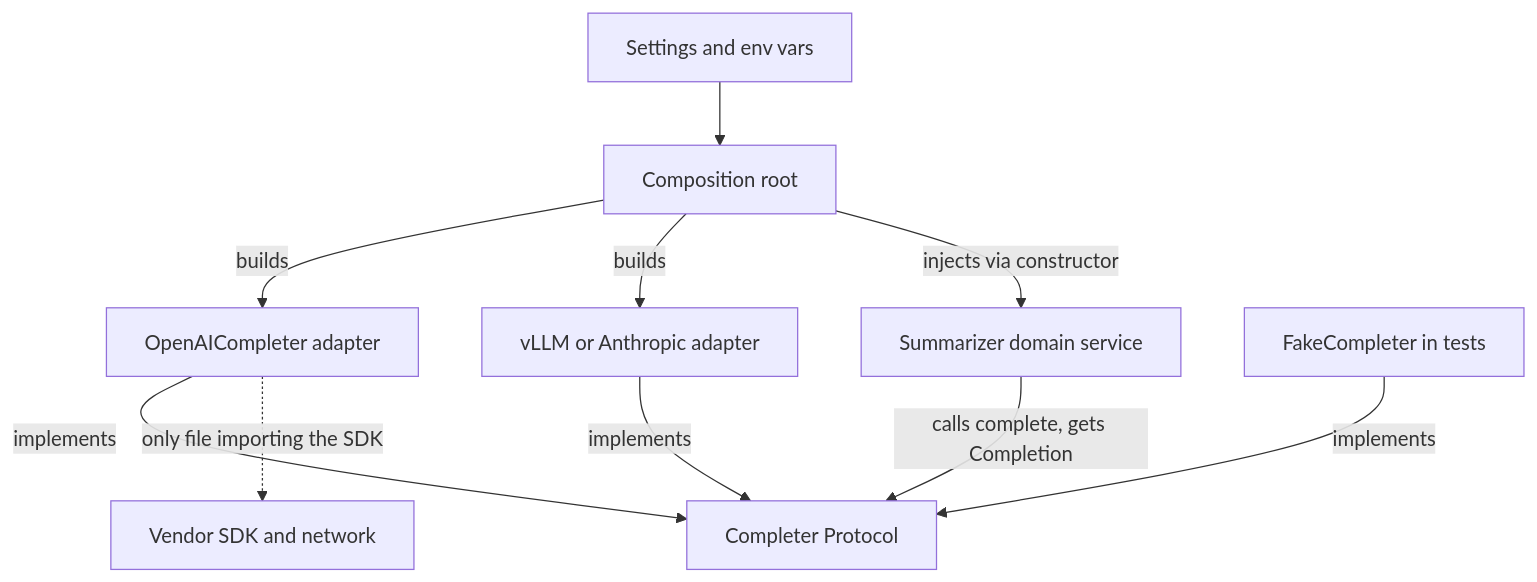
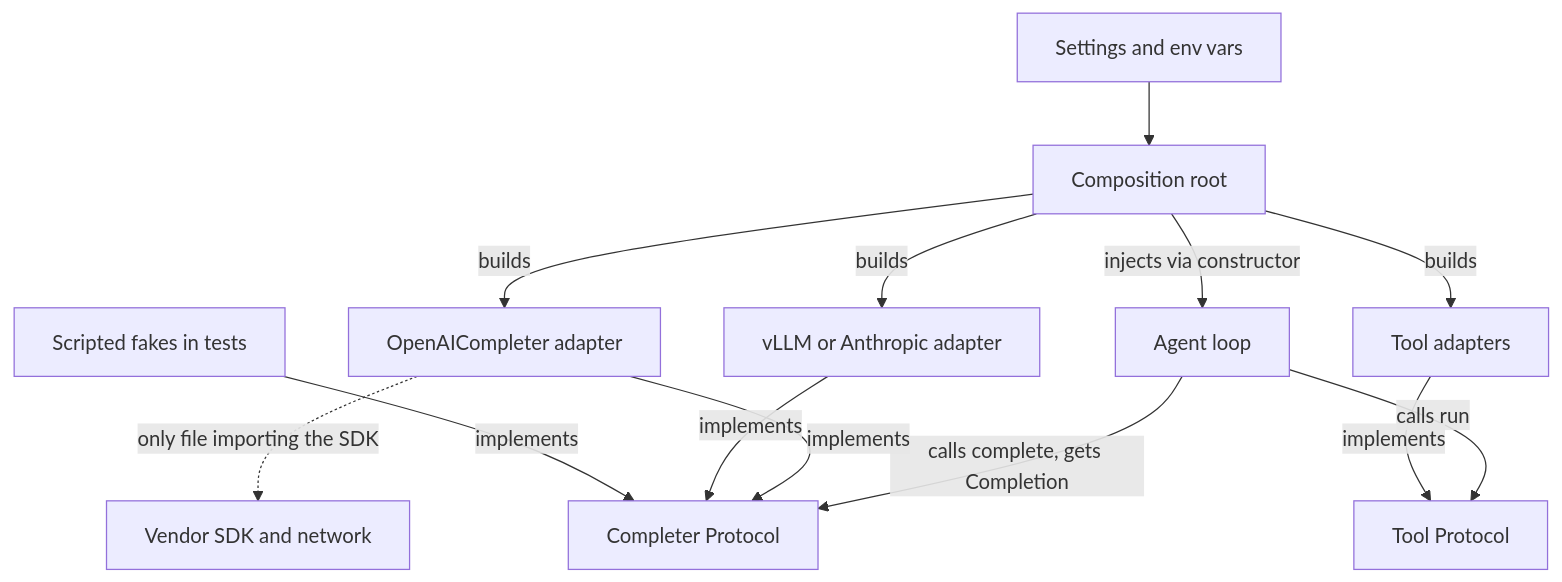
One commit to lovishmahajan97/agentic-learning changed the diagram in content/python-for-ai/dependency-injection-and-interface-boundaries.md. Above: the diagram before and after it, drawn with Mermaid. The commit also changed other lines of this file and 266 other files, not shown here.

````diff
--- a/content/python-for-ai/dependency-injection-and-interface-boundaries.md
+++ b/content/python-for-ai/dependency-injection-and-interface-boundaries.md
@@ -134,12 +155,15 @@
 ```mermaid
 flowchart TD
     S["Settings and env vars"] --> R["Composition root"]
     R -->|"builds"| A1["OpenAICompleter adapter"]
     R -->|"builds"| A2["vLLM or Anthropic adapter"]
-    R -->|"injects via constructor"| D["Summarizer domain service"]
+    R -->|"builds"| T["Tool adapters"]
+    R -->|"injects via constructor"| D["Agent loop"]
     D -->|"calls complete, gets Completion"| P["Completer Protocol"]
+    D -->|"calls run"| TP["Tool Protocol"]
     A1 -->|"implements"| P
     A2 -->|"implements"| P
-    F["FakeCompleter in tests"] -->|"implements"| P
+    T -->|"implements"| TP
+    F["Scripted fakes in tests"] -->|"implements"| P
     A1 -.->|"only file importing the SDK"| V["Vendor SDK and network"]
 ```
````
